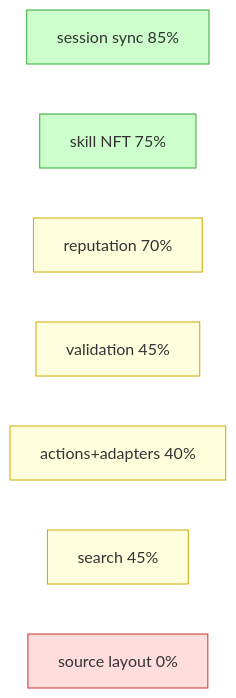
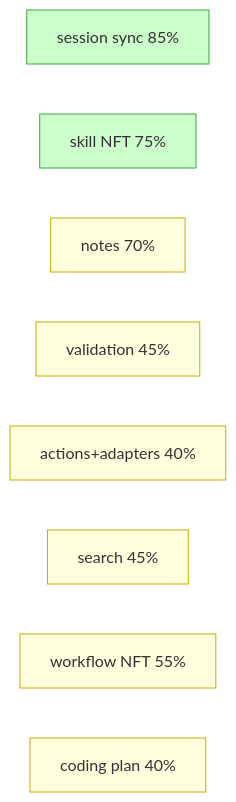
Before and after one commit to IQCoreTeam/AgentNet: the second of 3 diagrams in plans/00-overview.md, drawn with Mermaid. The commit also changed other lines of this file and 8 other files, not shown here.

First line of the commit message:
Add coding-info (modules→files→steps), workflow-nft, runtime wrapper; rename reputation→notes

````diff
--- a/plans/00-overview.md
+++ b/plans/00-overview.md
@@ -162,13 +164,14 @@
 ```mermaid
 flowchart LR
     S1["session sync 85%"]:::g
     S2["skill NFT 75%"]:::g
-    S3["reputation 70%"]:::y
+    S3["notes 70%"]:::y
     S4["validation 45%"]:::y
     S6["actions+adapters 40%"]:::y
     S7["search 45%"]:::y
-    S8["source layout 0%"]:::r
+    S9["workflow NFT 55%"]:::y
+    S8["coding plan 40%"]:::y
     classDef g fill:#cfc,stroke:#3a3
     classDef y fill:#ffd,stroke:#ca0
     classDef r fill:#fdd,stroke:#c33
 ```
````
